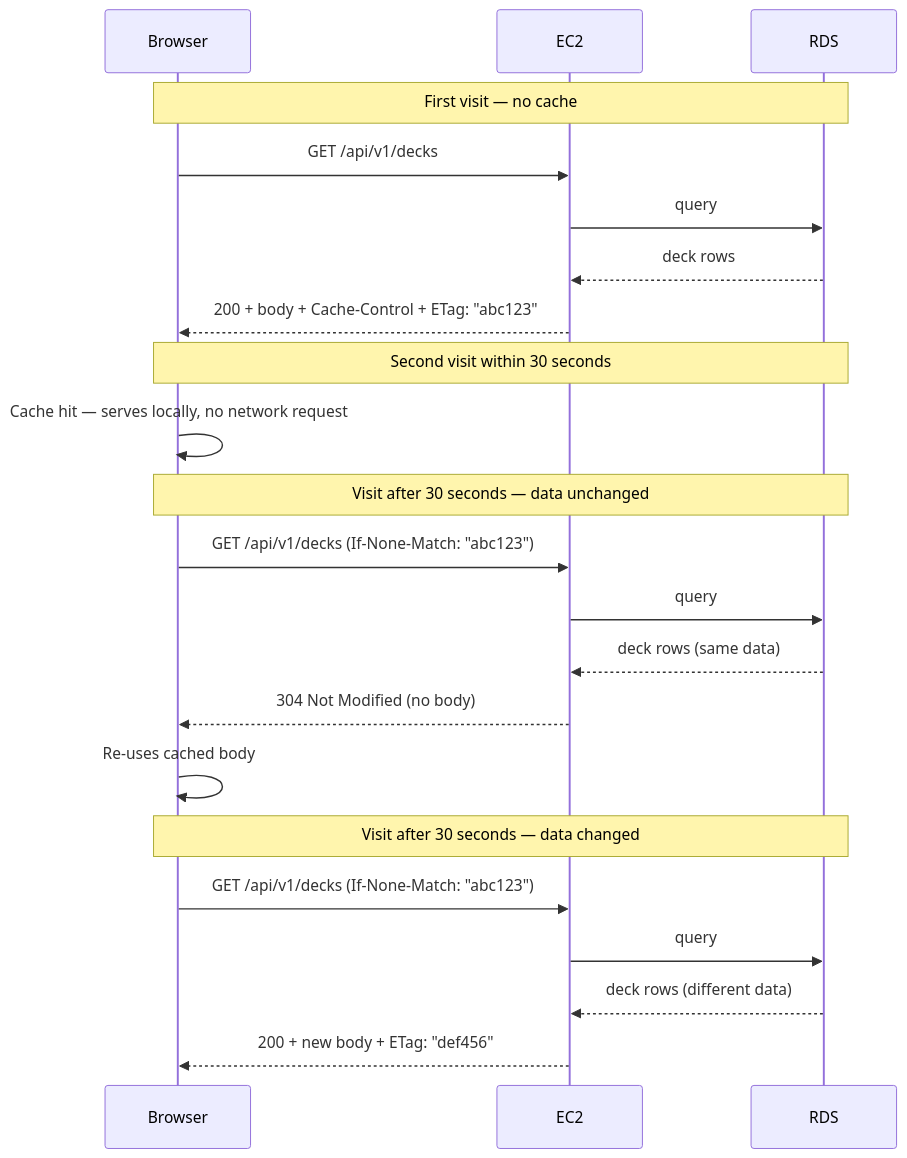
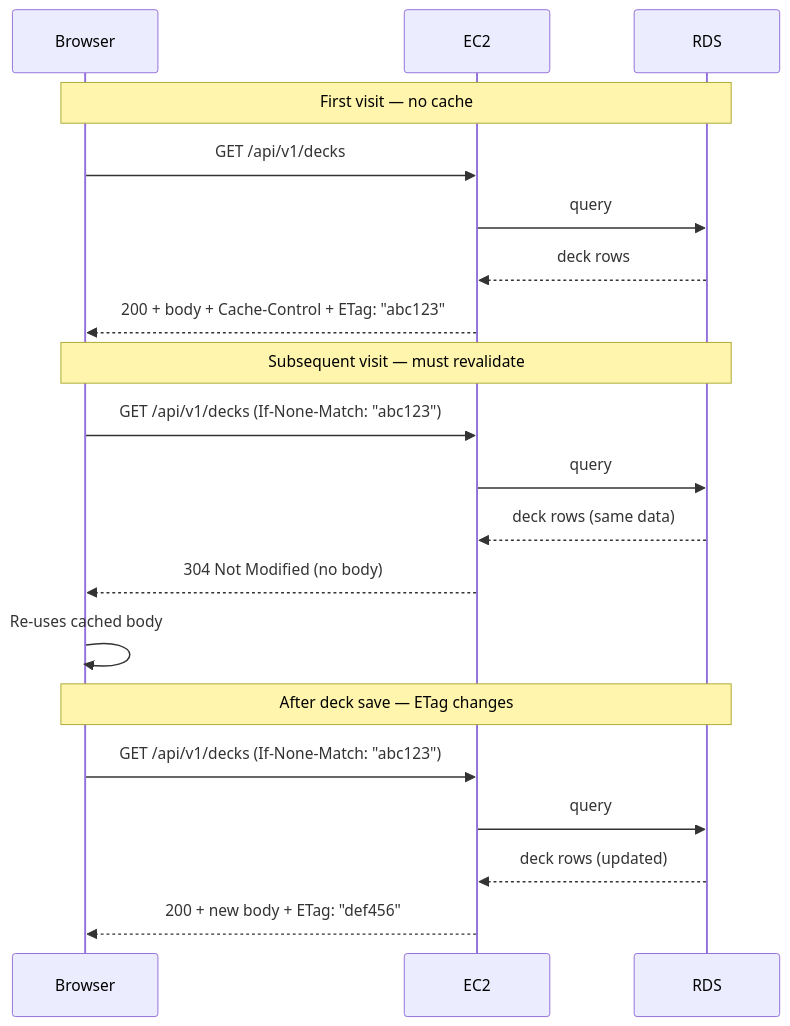
One commit to KyleGowen/overpower-deckbuilder changed the diagram in docs/current/HTTP_CACHING.md. Above: the diagram before and after it, drawn with Mermaid. The commit also changed other lines of this file and 7 other files, not shown here.

First line of the commit message:
fix(decks): revalidate v1 deck list; refresh tiles after edits

````diff
--- a/docs/current/HTTP_CACHING.md
+++ b/docs/current/HTTP_CACHING.md
@@ -43,28 +38,25 @@
 ```mermaid
 sequenceDiagram
     participant Browser
     participant EC2
     participant RDS
 
     Note over Browser,RDS: First visit — no cache
     Browser->>EC2: GET /api/v1/decks
     EC2->>RDS: query
     RDS-->>EC2: deck rows
     EC2-->>Browser: 200 + body + Cache-Control + ETag: "abc123"
 
-    Note over Browser,RDS: Second visit within 30 seconds
-    Browser->>Browser: Cache hit — serves locally, no network request
-
-    Note over Browser,RDS: Visit after 30 seconds — data unchanged
+    Note over Browser,RDS: Subsequent visit — must revalidate
     Browser->>EC2: GET /api/v1/decks (If-None-Match: "abc123")
     EC2->>RDS: query
     RDS-->>EC2: deck rows (same data)
     EC2-->>Browser: 304 Not Modified (no body)
     Browser->>Browser: Re-uses cached body
 
-    Note over Browser,RDS: Visit after 30 seconds — data changed
+    Note over Browser,RDS: After deck save — ETag changes
     Browser->>EC2: GET /api/v1/decks (If-None-Match: "abc123")
     EC2->>RDS: query
-    RDS-->>EC2: deck rows (different data)
+    RDS-->>EC2: deck rows (updated)
     EC2-->>Browser: 200 + new body + ETag: "def456"
 ```
````
